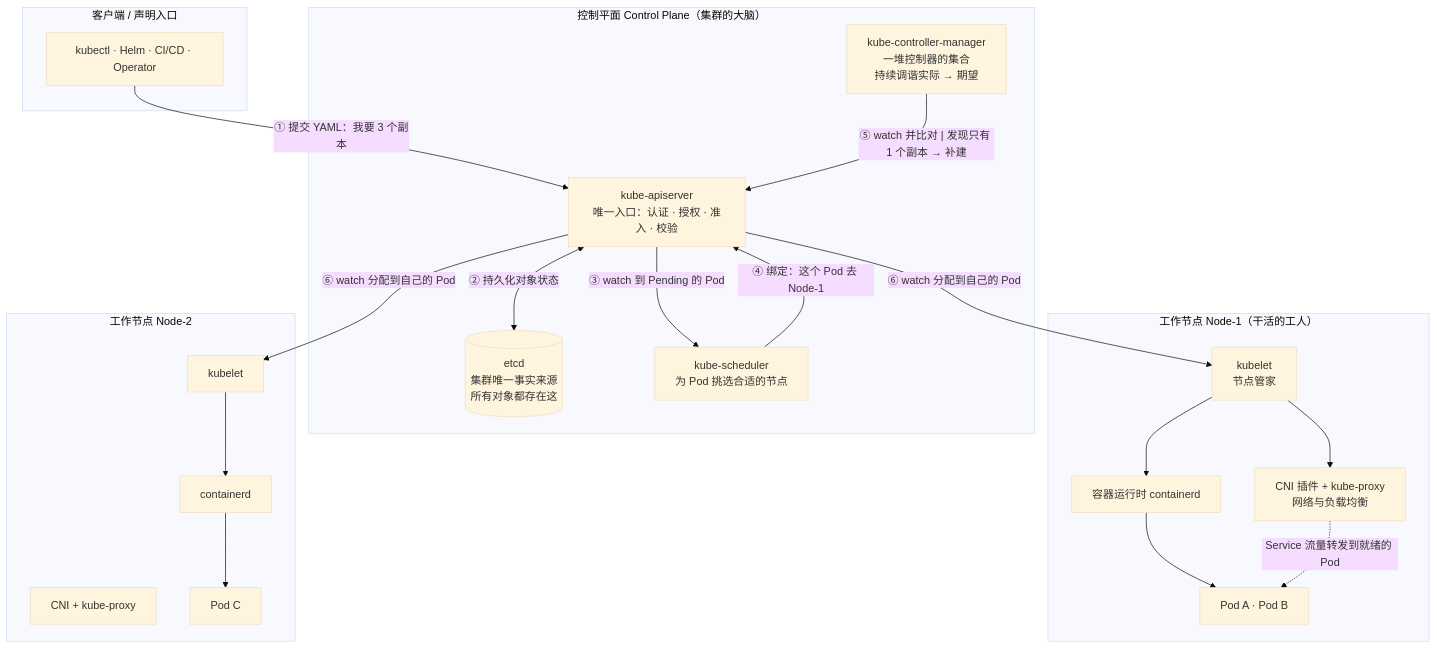
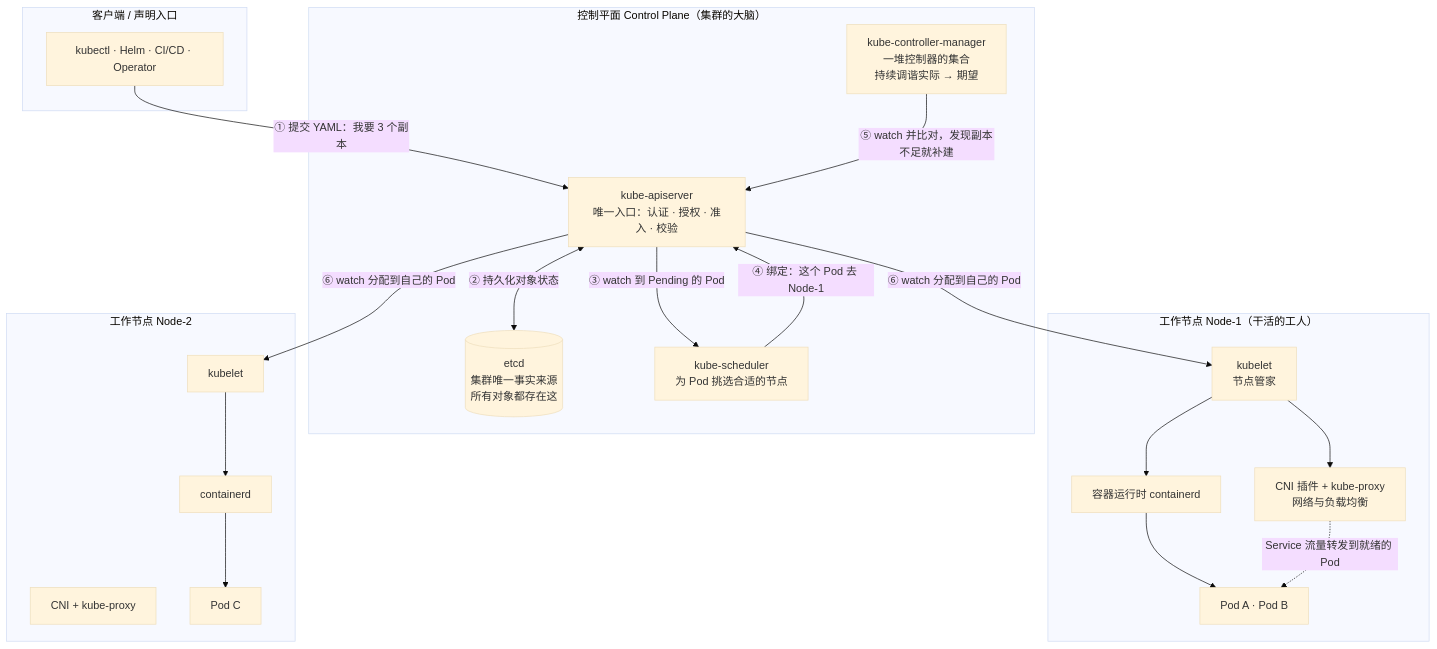
Before and after one commit to evaevable/k8s-study: the first of 3 diagrams in chapters/01-why-k8s.md, drawn with Mermaid (base theme).

Commit message:
修正第 1 章 Mermaid 边标签中的管道符，避免 GitHub 解析失败

````diff
--- a/chapters/01-why-k8s.md
+++ b/chapters/01-why-k8s.md
@@ -224,39 +224,39 @@
 ```mermaid
 flowchart TB
     subgraph CLIENTS["客户端 / 声明入口"]
         K["kubectl · Helm · CI/CD · Operator"]
     end
 
     subgraph CONTROL["控制平面 Control Plane（集群的大脑）"]
         API["kube-apiserver<br/>唯一入口：认证 · 授权 · 准入 · 校验"]
         ETCD[("etcd<br/>集群唯一事实来源<br/>所有对象都存在这")]
         SCH["kube-scheduler<br/>为 Pod 挑选合适的节点"]
         CM["kube-controller-manager<br/>一堆控制器的集合<br/>持续调谐实际 → 期望"]
     end
 
     subgraph NODE1["工作节点 Node-1（干活的工人）"]
         KL1["kubelet<br/>节点管家"]
         CR1["容器运行时 containerd"]
         NET1["CNI 插件 + kube-proxy<br/>网络与负载均衡"]
         POD1["Pod A · Pod B"]
     end
 
     subgraph NODE2["工作节点 Node-2"]
         KL2["kubelet"]
         CR2["containerd"]
         NET2["CNI + kube-proxy"]
         POD2["Pod C"]
     end
 
     K -->|"① 提交 YAML：我要 3 个副本"| API
     API <-->|"② 持久化对象状态"| ETCD
     API -->|"③ watch 到 Pending 的 Pod"| SCH
     SCH -->|"④ 绑定：这个 Pod 去 Node-1"| API
-    CM -->|"⑤ watch 并比对 | 发现只有 1 个副本 → 补建"| API
+    CM -->|"⑤ watch 并比对，发现副本不足就补建"| API
     API -->|"⑥ watch 分配到自己的 Pod"| KL1
     API -->|"⑥ watch 分配到自己的 Pod"| KL2
     KL1 --> CR1 --> POD1
     KL2 --> CR2 --> POD2
     KL1 --> NET1
     NET1 -.->|"Service 流量转发到就绪的 Pod"| POD1
 ```
````
